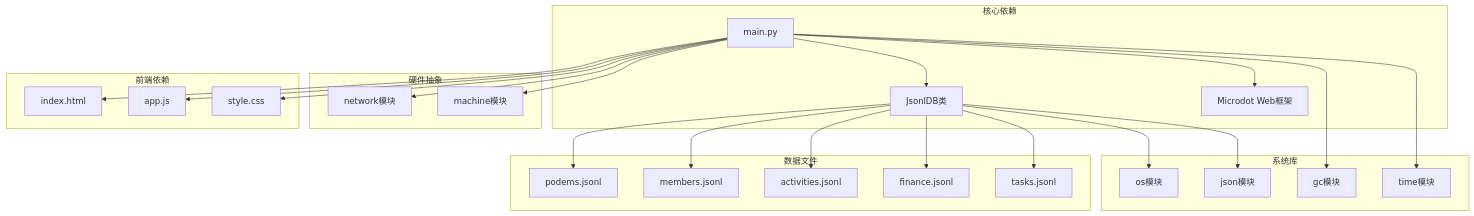
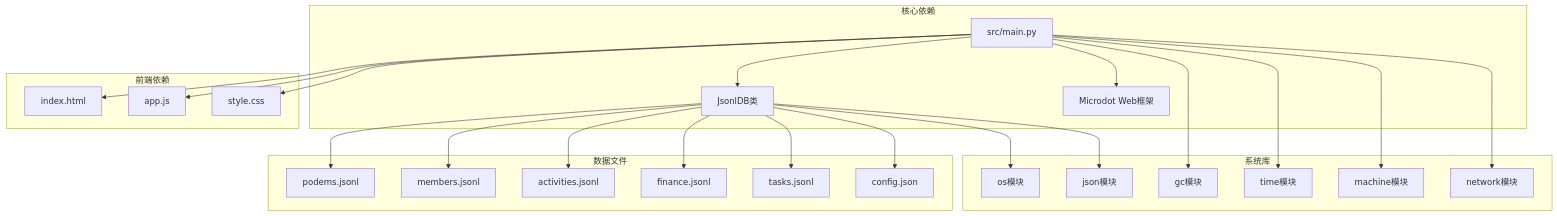
Before and after one commit to qq20739111/weilushishe-lishitai: the tenth of 11 diagrams in .qoder/repowiki/zh/content/数据管理/JSONL数据库系统.md, drawn with Mermaid. The commit also changed other lines of this file and 23 other files, not shown here.

````diff
--- a/.qoder/repowiki/zh/content/数据管理/JSONL数据库系统.md
+++ b/.qoder/repowiki/zh/content/数据管理/JSONL数据库系统.md
@@ -514,46 +500,46 @@
 ```mermaid
 graph TB
 subgraph "核心依赖"
-A[main.py]
+A[src/main.py]
 B[JsonlDB类]
 C[Microdot Web框架]
 end
 subgraph "系统库"
 D[os模块]
 E[json模块]
 F[gc模块]
 G[time模块]
-end
-subgraph "硬件抽象"
-H[network模块]
-I[machine模块]
+H[machine模块]
+I[network模块]
 end
 subgraph "前端依赖"
 J[index.html]
 K[app.js]
 L[style.css]
 end
 subgraph "数据文件"
 M[podems.jsonl]
 N[members.jsonl]
 O[activities.jsonl]
 P[finance.jsonl]
 Q[tasks.jsonl]
+R[config.json]
 end
 A --> B
 A --> C
 B --> D
 B --> E
 A --> F
 A --> G
 A --> H
 A --> I
 A --> J
 A --> K
 A --> L
 B --> M
 B --> N
 B --> O
 B --> P
 B --> Q
+B --> R
 ```
````
